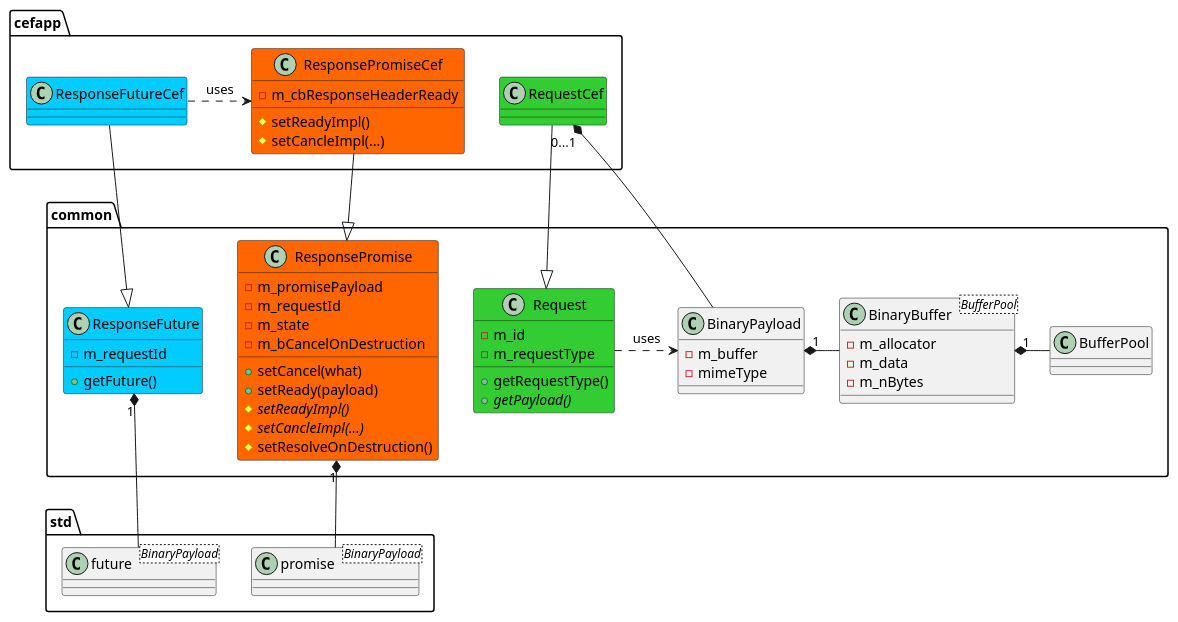
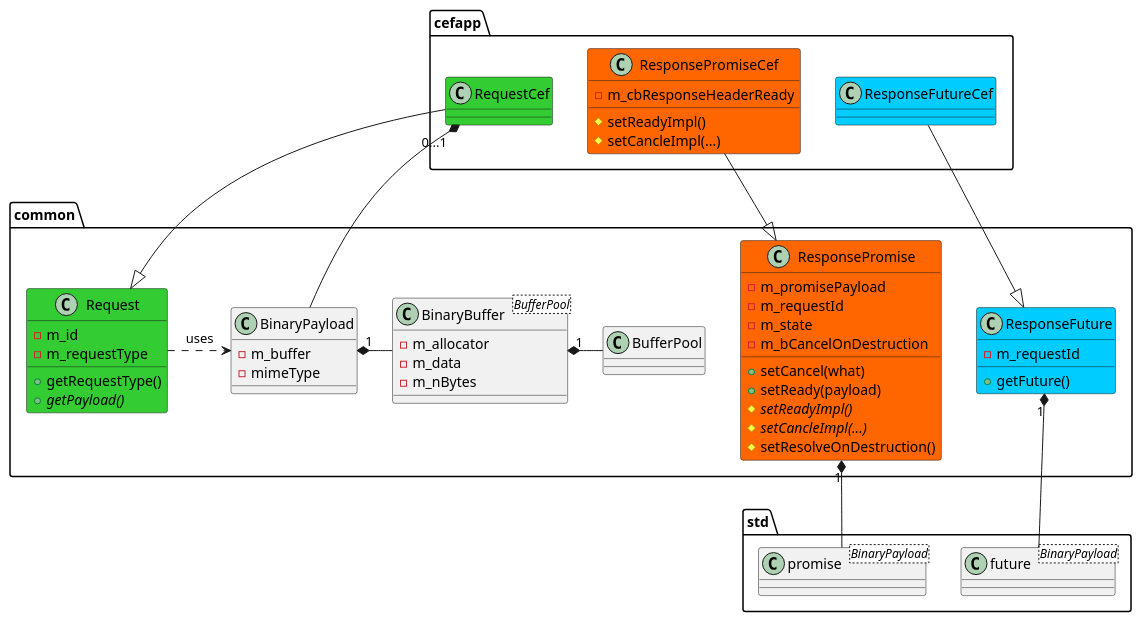
The diagram in gui/specs/request-response.plantuml (gabyx/ExecutionGraph), drawn with PlantUML before and after one commit. The commit also changed 1 other file, not shown here.

```diff
--- a/gui/specs/request-response.plantuml
+++ b/gui/specs/request-response.plantuml
@@ -2,66 +2,65 @@
 @startuml
 set namespaceSeparator ::
 skinparam shadowing false
 
 namespace common {
     class BinaryBuffer<BufferPool> {
         - m_allocator
         - m_data
         - m_nBytes
     }
     class BinaryPayload {
         - m_buffer
         - mimeType
     }
 
     class BufferPool
     class Request #33cc33 {
         + getRequestType()
         + getPayload() {abstract}
         - m_id
         - m_requestType
     }
     class ResponsePromise #ff6600 {
         + setCancel(what)
         + setReady(payload)
         # setReadyImpl() {abstract}
         # setCancleImpl(...) {abstract}
         # setResolveOnDestruction()
         - m_promisePayload
         - m_requestId
         - m_state
         - m_bCancelOnDestruction
     }
     class ResponseFuture #00ccff {
         + getFuture()
         - m_requestId
     }
 }
 
 namespace cefapp {
     class RequestCef #33cc33
     class ResponsePromiseCef #ff6600 {
         # setReadyImpl()
         # setCancleImpl(...)
         - m_cbResponseHeaderReady
     }
     class ResponseFutureCef #00ccff
 }
 
 namespace std {
     class promise<BinaryPayload>
     class future<BinaryPayload>
 }
 
 cefapp::RequestCef --|> common::Request
 cefapp::ResponsePromiseCef --|> common::ResponsePromise
 common::ResponsePromise "1" *-- std::promise
 cefapp::ResponseFutureCef --|> common::ResponseFuture
 common::ResponseFuture "1" *-- std::future
-cefapp::ResponseFutureCef .right.> cefapp::ResponsePromiseCef : uses
 
 common::Request .right.> common::BinaryPayload : uses
 cefapp::RequestCef "0...1" *--  common::BinaryPayload
 common::BinaryPayload "1" *-right- common::BinaryBuffer
 common::BinaryBuffer "1" *-right- common::BufferPool
 @enduml
```
